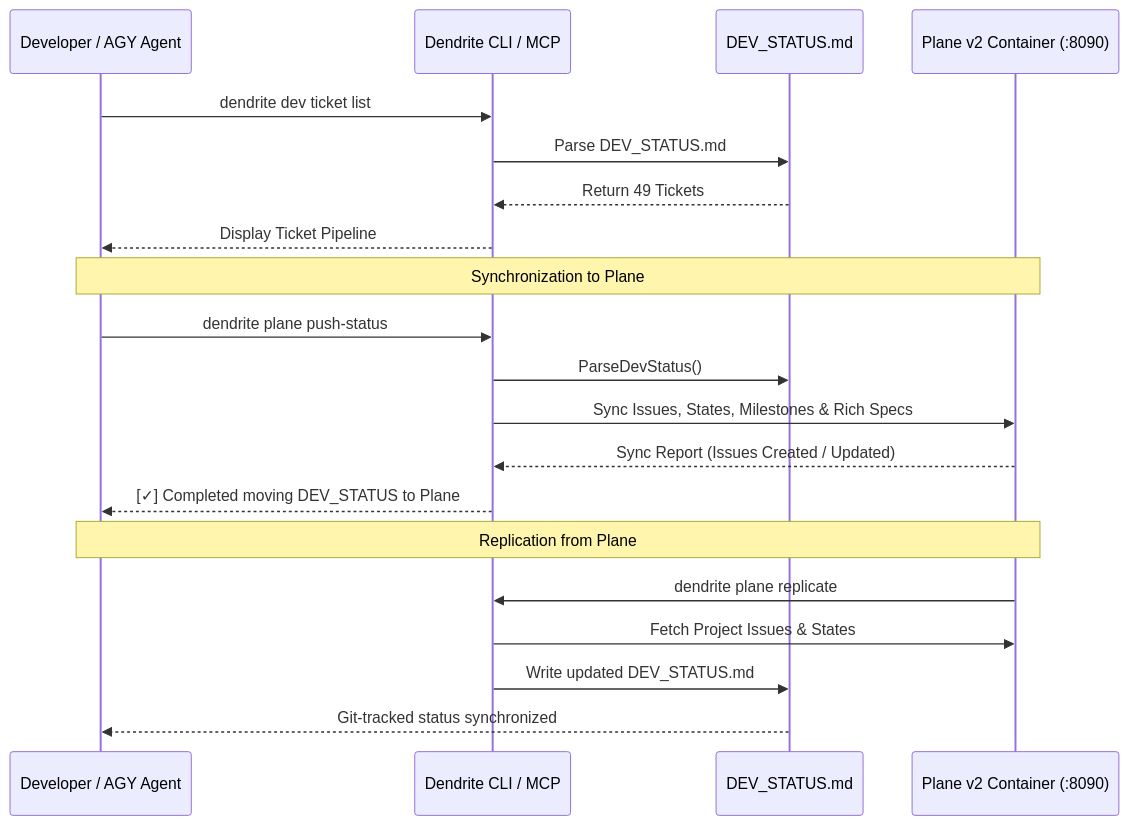
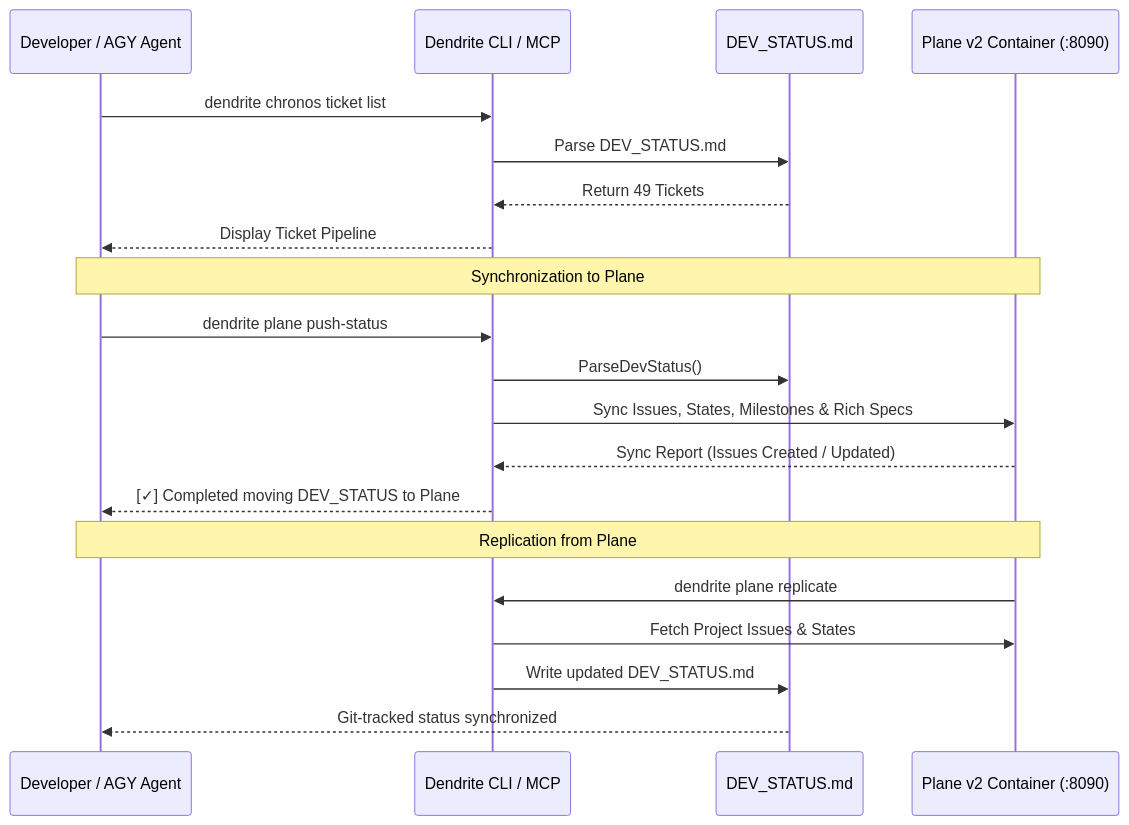
Before and after one commit to yasuomaidana/dendrite: the fourth of 4 diagrams in docs/roadmap/development-status-roadmap.md, drawn with Mermaid. The commit also changed other lines of this file and 61 other files, not shown here.

````diff
--- a/docs/roadmap/development-status-roadmap.md
+++ b/docs/roadmap/development-status-roadmap.md
@@ -500,25 +500,25 @@
 ```mermaid
 sequenceDiagram
     participant Dev as Developer / AGY Agent
     participant CLI as Dendrite CLI / MCP
     participant Local as DEV_STATUS.md
     participant Plane as Plane v2 Container (:8090)
 
-    Dev->>CLI: dendrite dev ticket list
+    Dev->>CLI: dendrite chronos ticket list
     CLI->>Local: Parse DEV_STATUS.md
     Local-->>CLI: Return 49 Tickets
     CLI-->>Dev: Display Ticket Pipeline
 
     Note over Dev,Plane: Synchronization to Plane
     Dev->>CLI: dendrite plane push-status
     CLI->>Local: ParseDevStatus()
     CLI->>Plane: Sync Issues, States, Milestones & Rich Specs
     Plane-->>CLI: Sync Report (Issues Created / Updated)
     CLI-->>Dev: [✓] Completed moving DEV_STATUS to Plane
 
     Note over Dev,Plane: Replication from Plane
     Plane->>CLI: dendrite plane replicate
     CLI->>Plane: Fetch Project Issues & States
     CLI->>Local: Write updated DEV_STATUS.md
     Local-->>Dev: Git-tracked status synchronized
 ```
````
